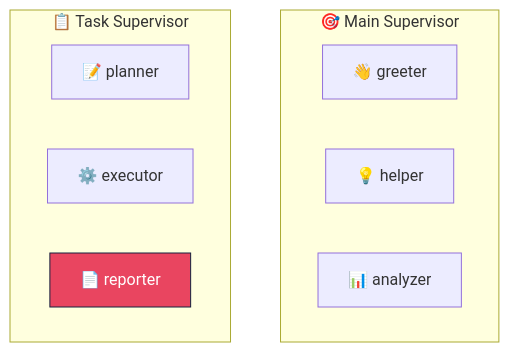
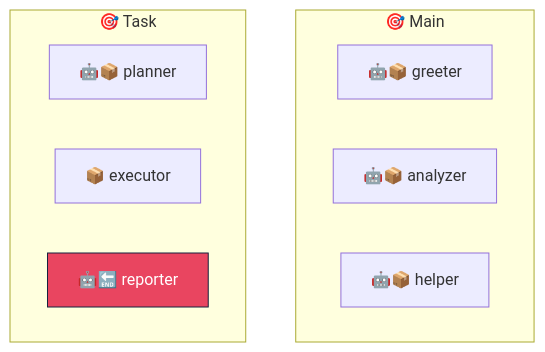
The second of 5 diagrams in docs/ARCHITECTURE_SAMPLE.md (Pablo11111544545/agent-contracts), drawn with Mermaid before and after one commit. The commit also changed other lines of this file and 5 other files, not shown here.

Commit message:
feat: Add LangGraph flow visualization to ContractVisualizer and update documentation.

````diff
--- a/docs/ARCHITECTURE_SAMPLE.md
+++ b/docs/ARCHITECTURE_SAMPLE.md
@@ -36,19 +64,18 @@
 ```mermaid
 flowchart TB
-    subgraph sup_main["🎯 Main Supervisor"]
+    subgraph main["🎯 Main"]
         direction LR
-        greeter["👋 greeter"]
-        helper["💡 helper"]
-        analyzer["📊 analyzer"]
+        greeter["🤖📦 greeter"]
+        analyzer["🤖📦 analyzer"]
+        helper["🤖📦 helper"]
     end
-    
-    subgraph sup_task["📋 Task Supervisor"]
+    subgraph task["🎯 Task"]
         direction LR
-        planner["📝 planner"]
-        executor["⚙️ executor"]
-        reporter["📄 reporter"]
+        planner["🤖📦 planner"]
+        executor["📦 executor"]
+        reporter["🤖🔚 reporter"]
     end
 
     classDef terminal fill:#e94560,stroke:#16213e,color:#fff
     class reporter terminal
 ```
````
